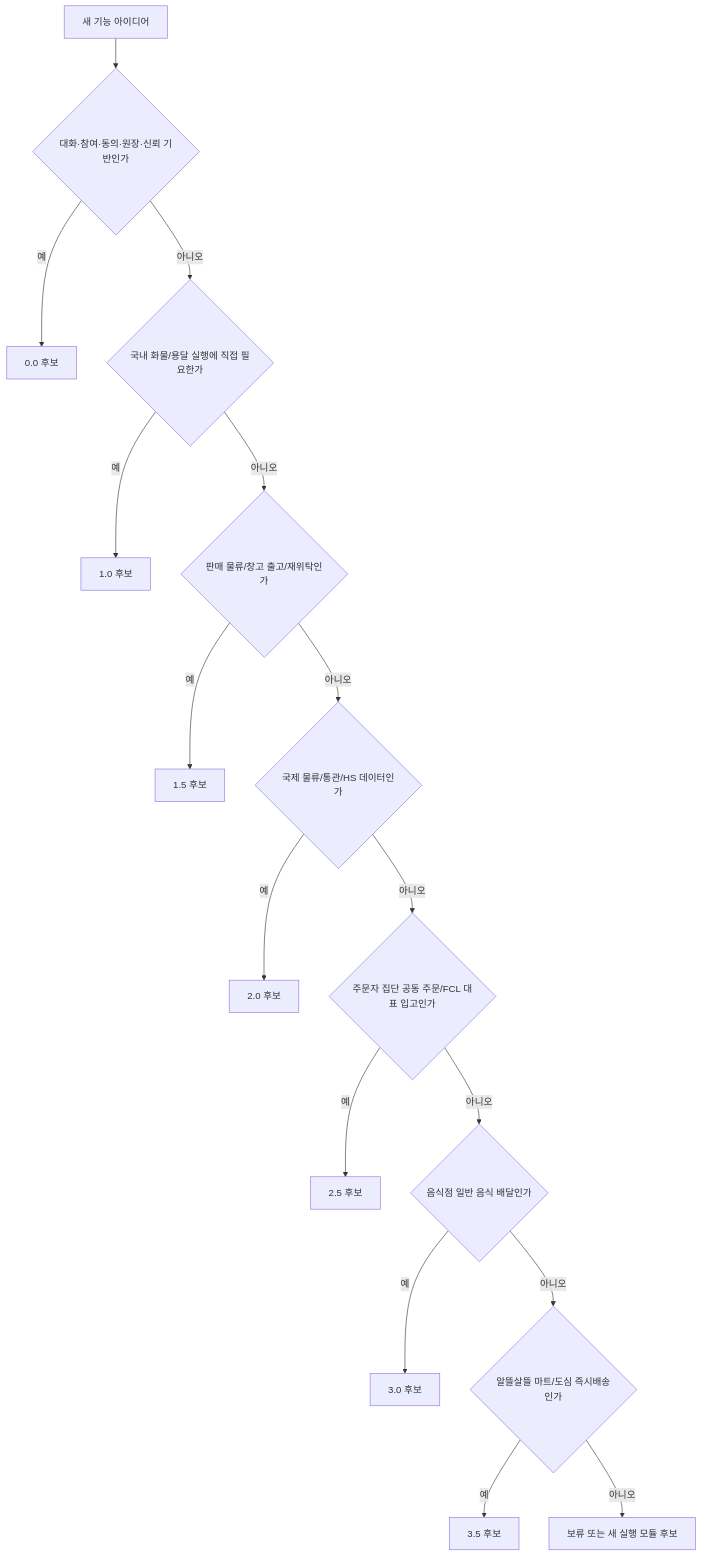
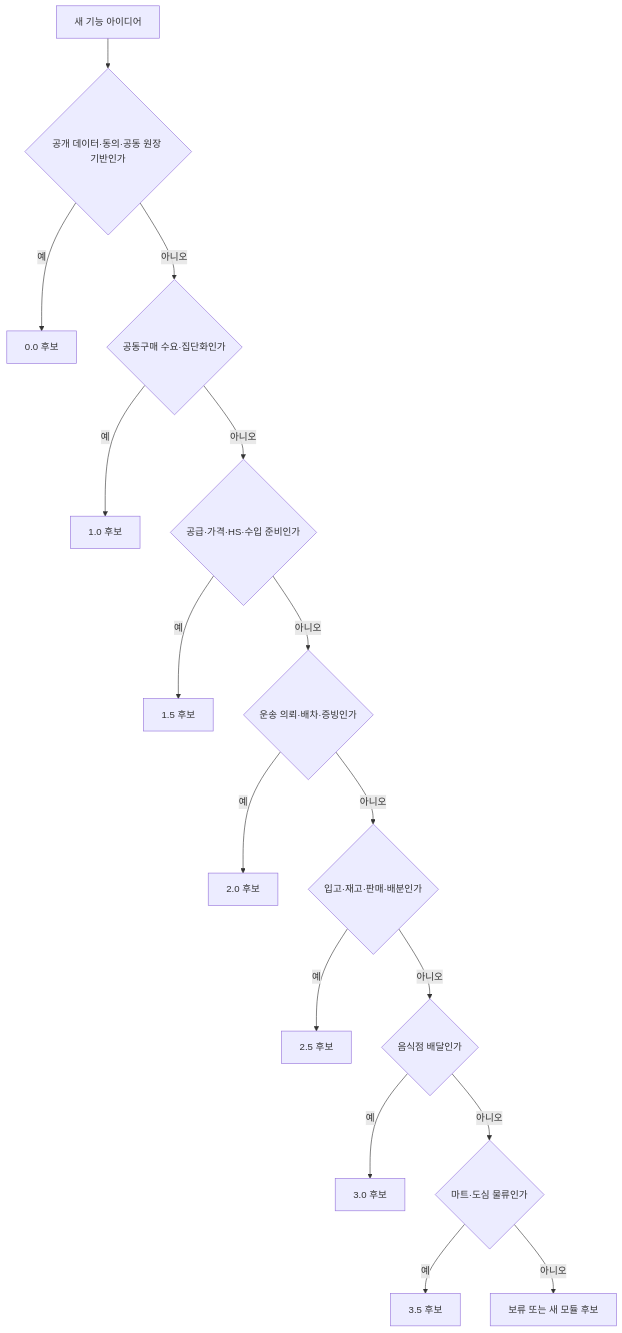
Before and after one commit to cheolwo/hongdal: the second of 2 diagrams in docs/ProjectOverview/version-roadmap.md, drawn with Mermaid. The commit also changed other lines of this file and 114 other files, not shown here.

````diff
--- a/docs/ProjectOverview/version-roadmap.md
+++ b/docs/ProjectOverview/version-roadmap.md
@@ -69,18 +56,18 @@
 ```mermaid
 flowchart TD
-    A["새 기능 아이디어"] --> Z{"대화·참여·동의·원장·신뢰 기반인가"}
-    Z -->|예| V["0.0 후보"]
-    Z -->|아니오| B{"국내 화물/용달 실행에 직접 필요한가"}
-    B -->|예| C["1.0 후보"]
-    B -->|아니오| F{"판매 물류/창고 출고/재위탁인가"}
-    F -->|예| G["1.5 후보"]
-    F -->|아니오| D{"국제 물류/통관/HS 데이터인가"}
-    D -->|예| E["2.0 후보"]
-    D -->|아니오| O{"주문자 집단 공동 주문/FCL 대표 입고인가"}
-    O -->|예| P["2.5 후보"]
-    O -->|아니오| H{"음식점 일반 음식 배달인가"}
-    H -->|예| L["3.0 후보"]
-    H -->|아니오| R{"알뜰살뜰 마트/도심 즉시배송인가"}
-    R -->|예| S["3.5 후보"]
-    R -->|아니오| M["보류 또는 새 실행 모듈 후보"]
+    A["새 기능 아이디어"] --> B{"공개 데이터·동의·공동 원장 기반인가"}
+    B -->|예| V0["0.0 후보"]
+    B -->|아니오| C{"공동구매 수요·집단화인가"}
+    C -->|예| V1["1.0 후보"]
+    C -->|아니오| D{"공급·가격·HS·수입 준비인가"}
+    D -->|예| V15["1.5 후보"]
+    D -->|아니오| E{"운송 의뢰·배차·증빙인가"}
+    E -->|예| V2["2.0 후보"]
+    E -->|아니오| F{"입고·재고·판매·배분인가"}
+    F -->|예| V25["2.5 후보"]
+    F -->|아니오| G{"음식점 배달인가"}
+    G -->|예| V3["3.0 후보"]
+    G -->|아니오| H{"마트·도심 물류인가"}
+    H -->|예| V35["3.5 후보"]
+    H -->|아니오| X["보류 또는 새 모듈 후보"]
 ```
````
